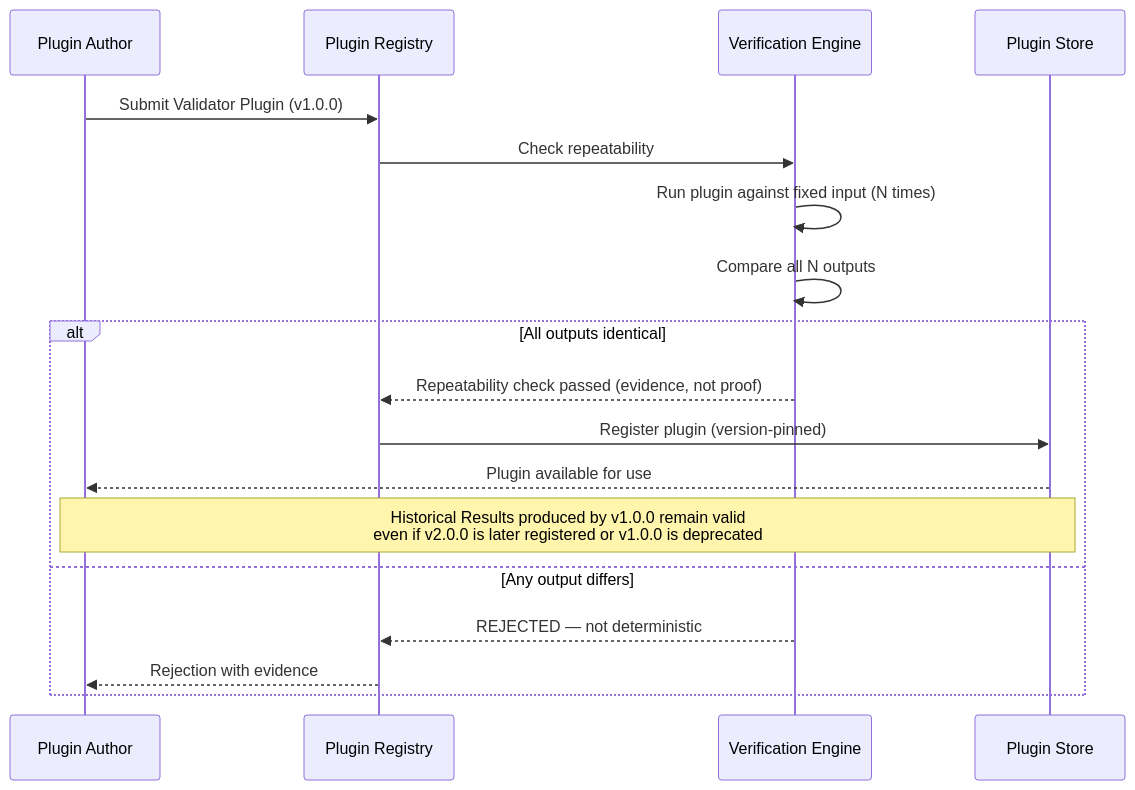
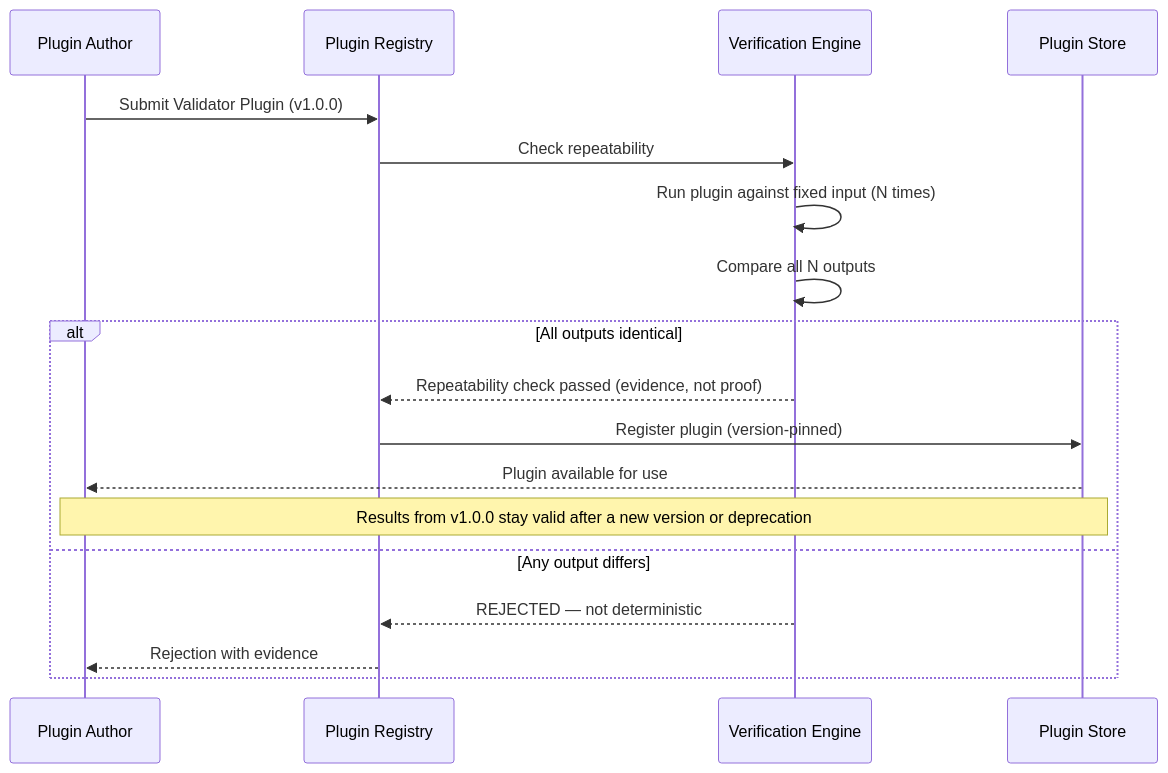
Before and after one commit to igorakymenko-create/AQEF: the sixth of 6 diagrams in appendices/appendix-f-sequence-diagrams.md, drawn with Mermaid. The commit also changed 6 other files, not shown here.

````diff
--- a/appendices/appendix-f-sequence-diagrams.md
+++ b/appendices/appendix-f-sequence-diagrams.md
@@ -199,21 +199,21 @@
 ```mermaid
 sequenceDiagram
     participant PA as Plugin Author
     participant PR as Plugin Registry
     participant VE as Verification Engine
     participant PS as Plugin Store
 
     PA->>PR: Submit Validator Plugin (v1.0.0)
     PR->>VE: Check repeatability
     VE->>VE: Run plugin against fixed input (N times)
     VE->>VE: Compare all N outputs
     alt All outputs identical
         VE-->>PR: Repeatability check passed (evidence, not proof)
         PR->>PS: Register plugin (version-pinned)
         PS-->>PA: Plugin available for use
-        note over PA,PS: Historical Results produced by v1.0.0 remain valid<br/>even if v2.0.0 is later registered or v1.0.0 is deprecated
+        note over PA,PS: Results from v1.0.0 stay valid after a new version or deprecation
     else Any output differs
         VE-->>PR: REJECTED — not deterministic
         PR-->>PA: Rejection with evidence
     end
 ```
````
